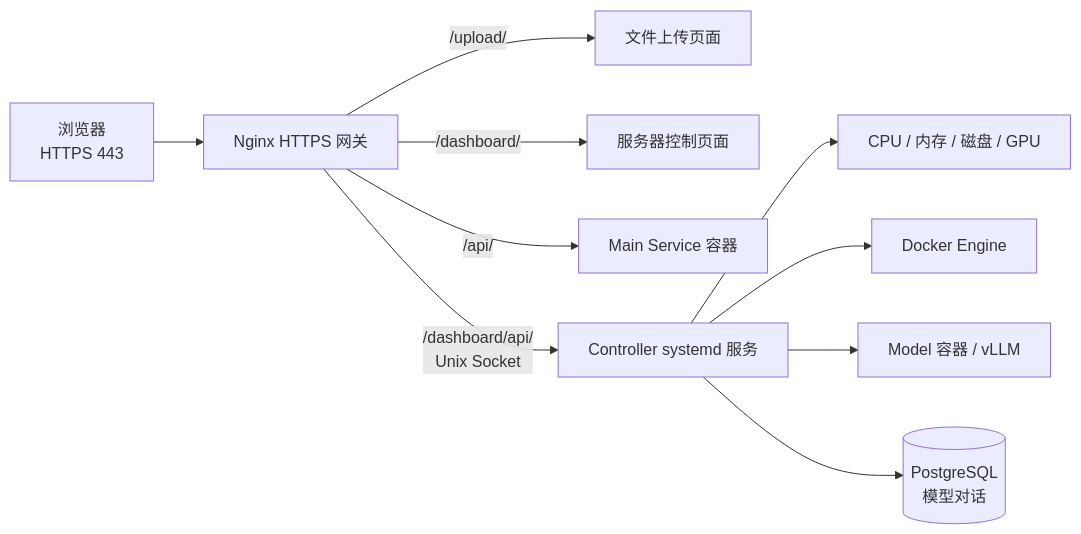
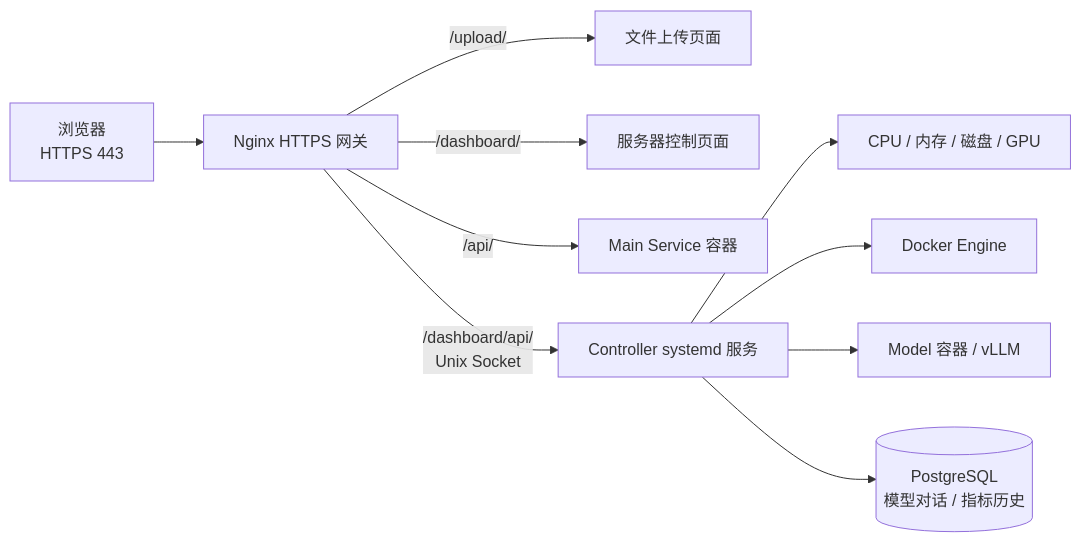
Before and after one commit to niconiconi-4k/omni_ai_controller: the diagram in README.md, drawn with Mermaid. The commit also changed other lines of this file and 5 other files, not shown here.

````diff
--- a/README.md
+++ b/README.md
@@ -7,12 +7,12 @@
 ```mermaid
 flowchart LR
 	Browser["浏览器<br/>HTTPS 443"] --> Gateway["Nginx HTTPS 网关"]
 	Gateway -->|/upload/| UploadUI["文件上传页面"]
 	Gateway -->|/dashboard/| AdminUI["服务器控制页面"]
 	Gateway -->|/api/| UploadAPI["Main Service 容器"]
 	Gateway -->|/dashboard/api/<br/>Unix Socket| Controller["Controller systemd 服务"]
 	Controller --> Hardware["CPU / 内存 / 磁盘 / GPU"]
 	Controller --> Docker["Docker Engine"]
 	Controller --> Model["Model 容器 / vLLM"]
-	Controller --> ConversationDB[("PostgreSQL<br/>模型对话")]
+	Controller --> ConversationDB[("PostgreSQL<br/>模型对话 / 指标历史")]
 ```
````
